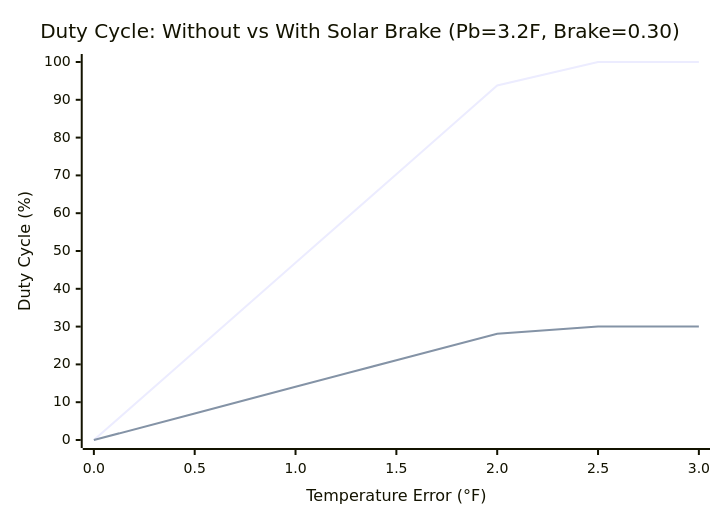
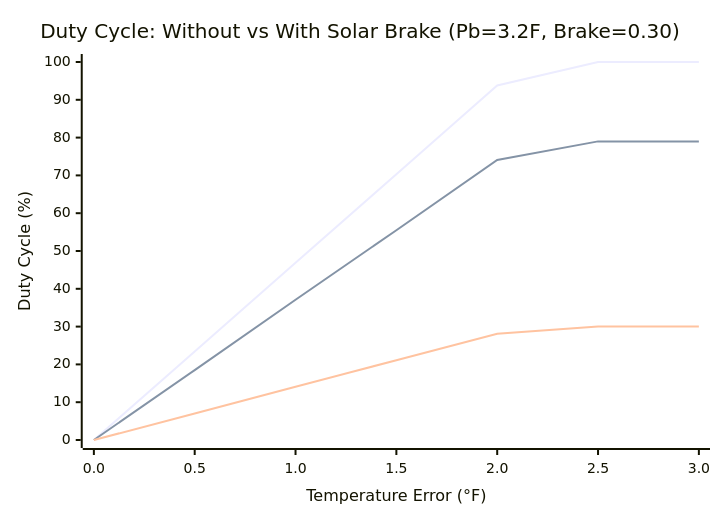
One commit to pcericm/thermal-invariant-engine changed the diagram in README.md. Above: the diagram before and after it, drawn with Mermaid. The commit also changed other lines of this file, not shown here.

````diff
--- a/README.md
+++ b/README.md
@@ -282,8 +282,9 @@
 ```mermaid
 xychart-beta
     title "Duty Cycle: Without vs With Solar Brake (Pb=3.2F, Brake=0.30)"
     x-axis "Temperature Error (°F)" [0.0, 0.5, 1.0, 1.5, 2.0, 2.5, 3.0]
     y-axis "Duty Cycle (%)" 0 --> 100
     line "Without Brake" [0, 23.4, 46.9, 70.3, 93.8, 100, 100]
-    line "With Brake (0.30)" [0, 7.0, 14.1, 21.1, 28.1, 30.0, 30.0]
+    line "Guest (sens=0.3)" [0, 18.5, 37.1, 55.5, 74.1, 79.0, 79.0]
+    line "Living (sens=1.0)" [0, 7.0, 14.1, 21.1, 28.1, 30.0, 30.0]
 ```
````
